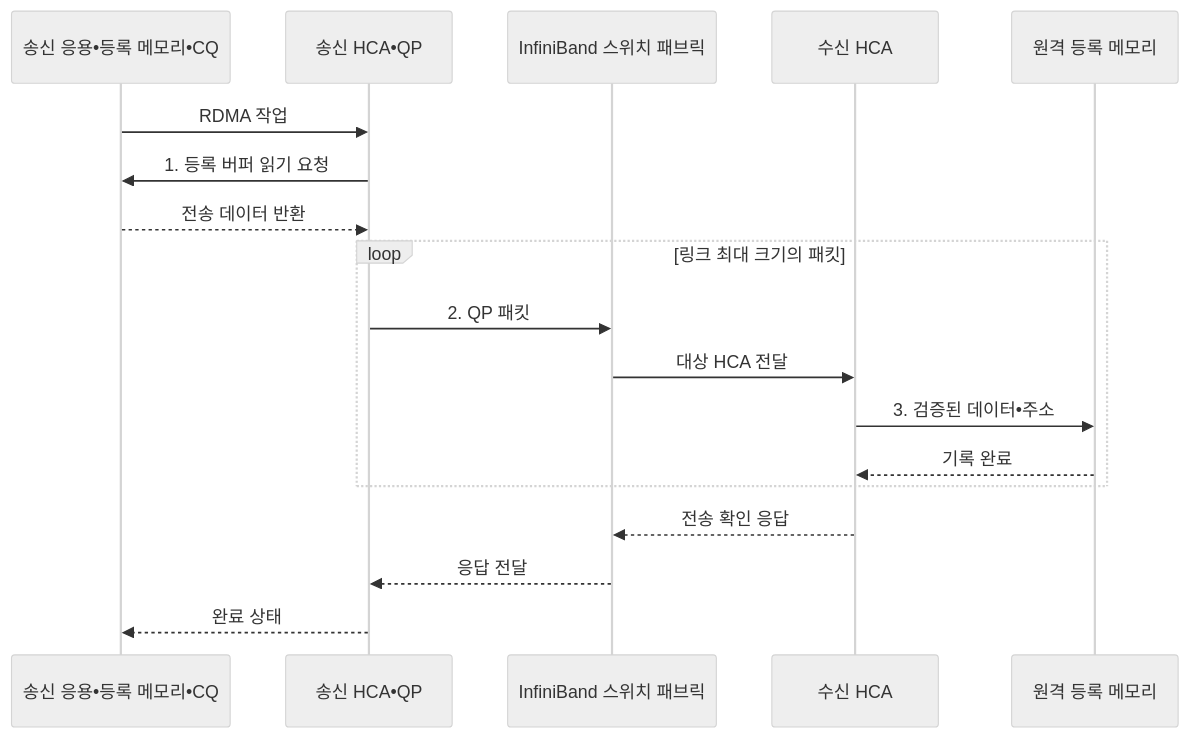
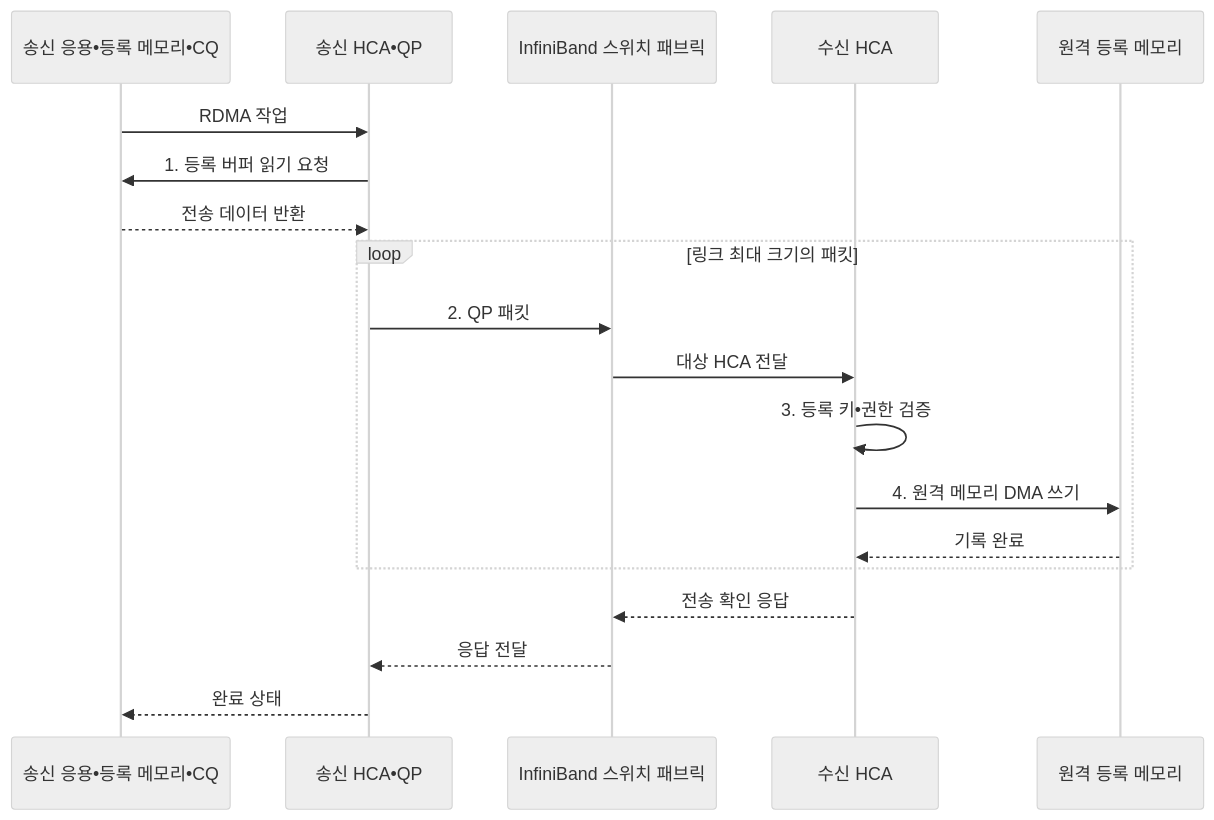
The second of 2 diagrams in src/content/docs/notes/02-hardware/048_infiniband.md (agnusdei1207/knowledge-base), drawn with Mermaid (neutral theme) before and after one commit. The commit also changed other lines of this file and 14 other files, not shown here.

````diff
--- a/src/content/docs/notes/02-hardware/048_infiniband.md
+++ b/src/content/docs/notes/02-hardware/048_infiniband.md
@@ -100,21 +100,22 @@
 ```mermaid
 sequenceDiagram
     participant A as 송신 응용•등록 메모리•CQ
     participant HS as 송신 HCA•QP
     participant F as InfiniBand 스위치 패브릭
     participant HR as 수신 HCA
     participant MR as 원격 등록 메모리
 
     A->>HS: RDMA 작업
     HS->>A: 1. 등록 버퍼 읽기 요청
     A-->>HS: 전송 데이터 반환
     loop 링크 최대 크기의 패킷
         HS->>F: 2. QP 패킷
         F->>HR: 대상 HCA 전달
-        HR->>MR: 3. 검증된 데이터•주소
+        HR->>HR: 3. 등록 키•권한 검증
+        HR->>MR: 4. 원격 메모리 DMA 쓰기
         MR-->>HR: 기록 완료
     end
     HR-->>F: 전송 확인 응답
     F-->>HS: 응답 전달
     HS-->>A: 완료 상태
 ```
````
